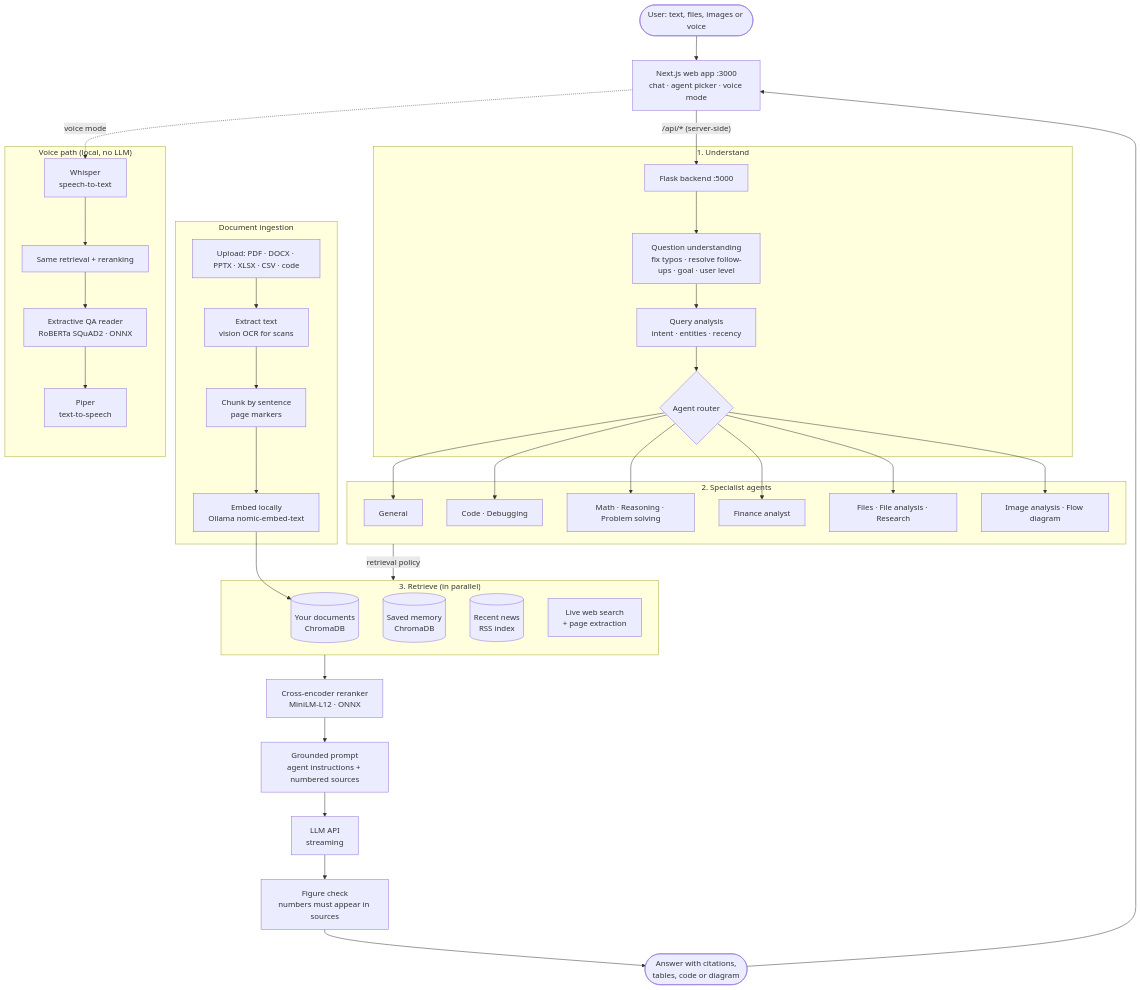
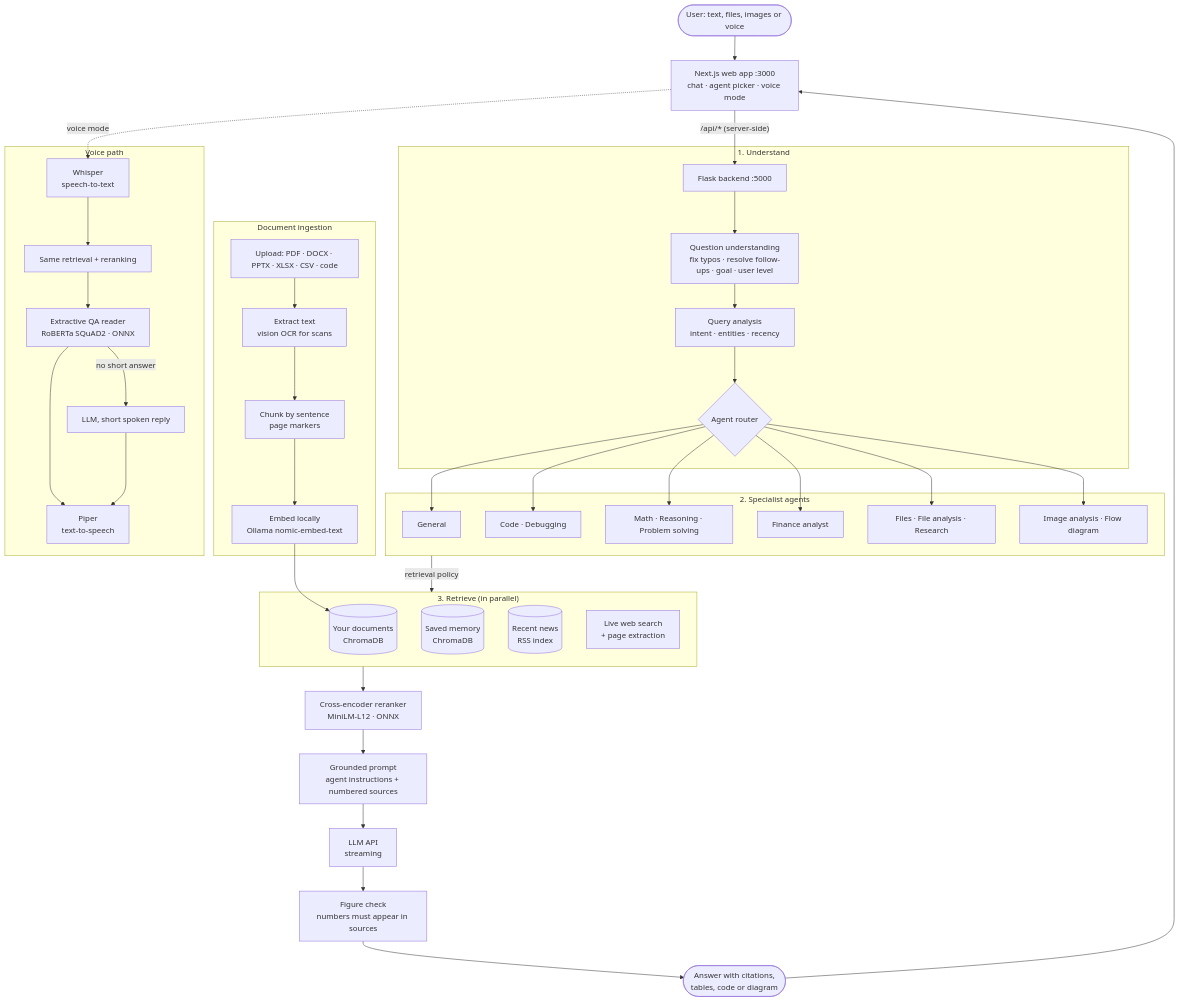
The diagram in README.md (Shriniketh59/avenza-ai), drawn with Mermaid before and after one commit. The commit also changed other lines of this file and 3 other files, not shown here.

First line of the commit message:
Voice: answer every question (LLM fallback when quoting cannot)

````diff
--- a/README.md
+++ b/README.md
@@ -82,49 +82,51 @@
 ```mermaid
 flowchart TD
     U(["User: text, files, images or voice"]) --> UI["Next.js web app :3000<br/>chat · agent picker · voice mode"]
     UI -->|"/api/* (server-side)"| API["Flask backend :5000"]
 
     subgraph Understand["1. Understand"]
         API --> QU["Question understanding<br/>fix typos · resolve follow-ups · goal · user level"]
         QU --> QA["Query analysis<br/>intent · entities · recency"]
         QA --> R{"Agent router"}
     end
 
     subgraph Agents["2. Specialist agents"]
         R --> A1["General"]
         R --> A2["Code · Debugging"]
         R --> A3["Math · Reasoning · Problem solving"]
         R --> A4["Finance analyst"]
         R --> A5["Files · File analysis · Research"]
         R --> A6["Image analysis · Flow diagram"]
     end
 
     subgraph Retrieve["3. Retrieve (in parallel)"]
         DOCS[("Your documents<br/>ChromaDB")]
         MEM[("Saved memory<br/>ChromaDB")]
         NEWS[("Recent news<br/>RSS index")]
         WEB["Live web search<br/>+ page extraction"]
     end
 
     Agents -->|"retrieval policy"| Retrieve
     Retrieve --> RR["Cross-encoder reranker<br/>MiniLM-L12 · ONNX"]
     RR --> CTX["Grounded prompt<br/>agent instructions + numbered sources"]
     CTX --> LLM["LLM API<br/>streaming"]
     LLM --> FC["Figure check<br/>numbers must appear in sources"]
     FC --> OUT(["Answer with citations,<br/>tables, code or diagram"])
     OUT --> UI
 
     subgraph Ingest["Document ingestion"]
         F["Upload: PDF · DOCX · PPTX · XLSX · CSV · code"] --> X["Extract text<br/>vision OCR for scans"]
         X --> CH["Chunk by sentence<br/>page markers"]
         CH --> EMB["Embed locally<br/>Ollama nomic-embed-text"]
     end
     EMB --> DOCS
 
-    subgraph Voice["Voice path (local, no LLM)"]
+    subgraph Voice["Voice path"]
         V1["Whisper<br/>speech-to-text"] --> V2["Same retrieval + reranking"]
         V2 --> V3["Extractive QA reader<br/>RoBERTa SQuAD2 · ONNX"]
+        V3 -->|"no short answer"| V5["LLM, short spoken reply"]
         V3 --> V4["Piper<br/>text-to-speech"]
+        V5 --> V4
     end
     UI -. "voice mode" .-> V1
 ```
````
